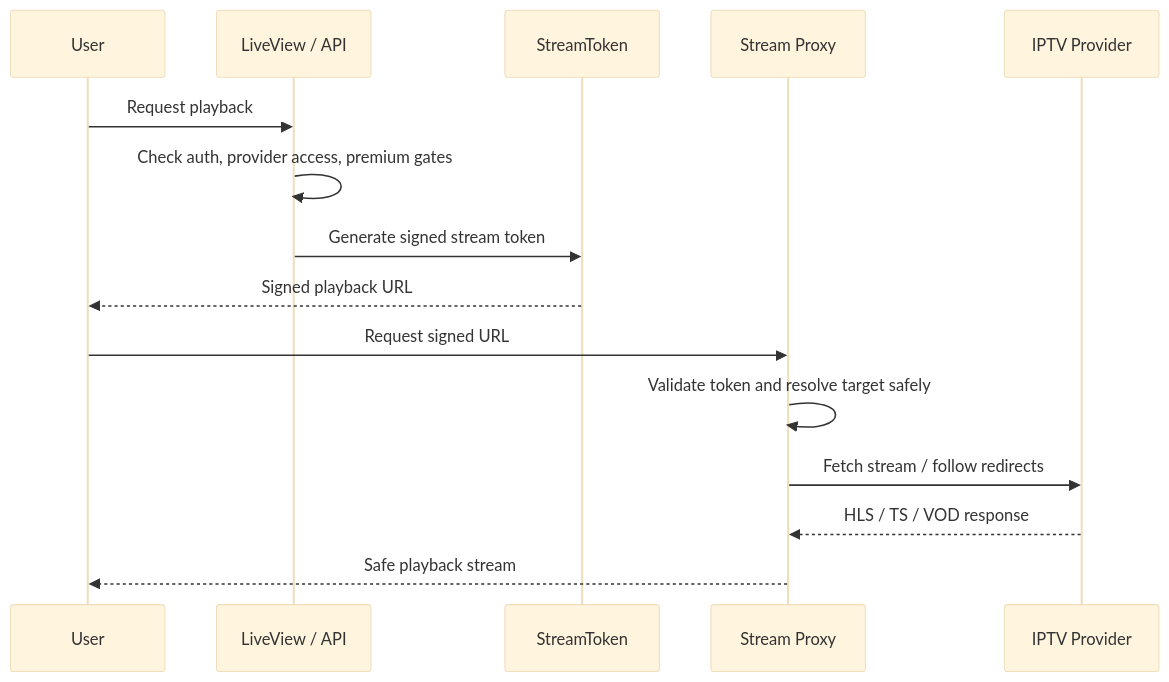
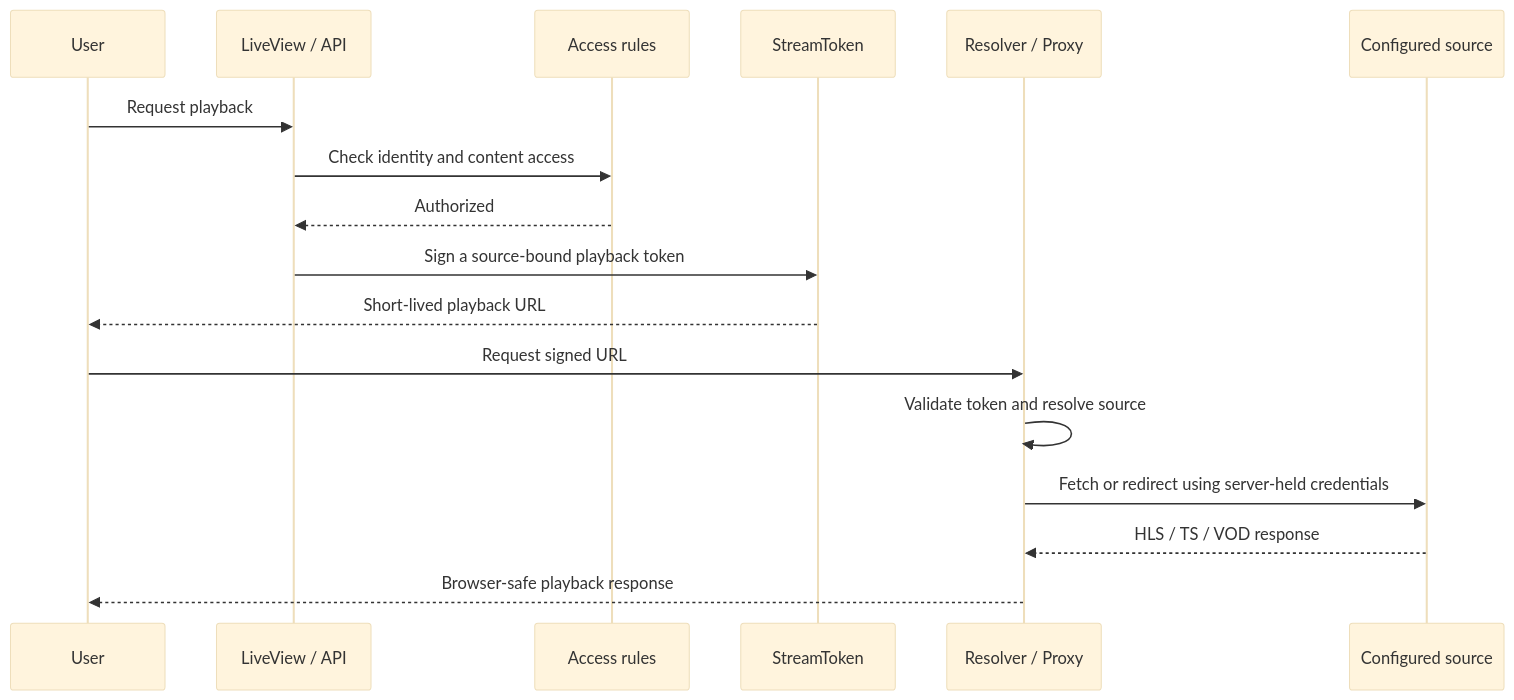
Before and after one commit to gabrielmaialva33/streamix: the second of 2 diagrams in README.md, drawn with Mermaid (base theme). The commit also changed other lines of this file and 1 other file, not shown here.

Commit message:
docs: update README with clarified features, architecture, and runtime setup instructions

````diff
--- a/README.md
+++ b/README.md
@@ -150,18 +181,20 @@
 ```mermaid
 sequenceDiagram
     participant User
     participant UI as LiveView / API
+    participant Access as Access rules
     participant Token as StreamToken
-    participant Proxy as Stream Proxy
-    participant Upstream as IPTV Provider
+    participant Gateway as Resolver / Proxy
+    participant Source as Configured source
 
     User->>UI: Request playback
-    UI->>UI: Check auth, provider access, premium gates
-    UI->>Token: Generate signed stream token
-    Token-->>User: Signed playback URL
-    User->>Proxy: Request signed URL
-    Proxy->>Proxy: Validate token and resolve target safely
-    Proxy->>Upstream: Fetch stream / follow redirects
-    Upstream-->>Proxy: HLS / TS / VOD response
-    Proxy-->>User: Safe playback stream
+    UI->>Access: Check identity and content access
+    Access-->>UI: Authorized
+    UI->>Token: Sign a source-bound playback token
+    Token-->>User: Short-lived playback URL
+    User->>Gateway: Request signed URL
+    Gateway->>Gateway: Validate token and resolve source
+    Gateway->>Source: Fetch or redirect using server-held credentials
+    Source-->>Gateway: HLS / TS / VOD response
+    Gateway-->>User: Browser-safe playback response
 ```
````
